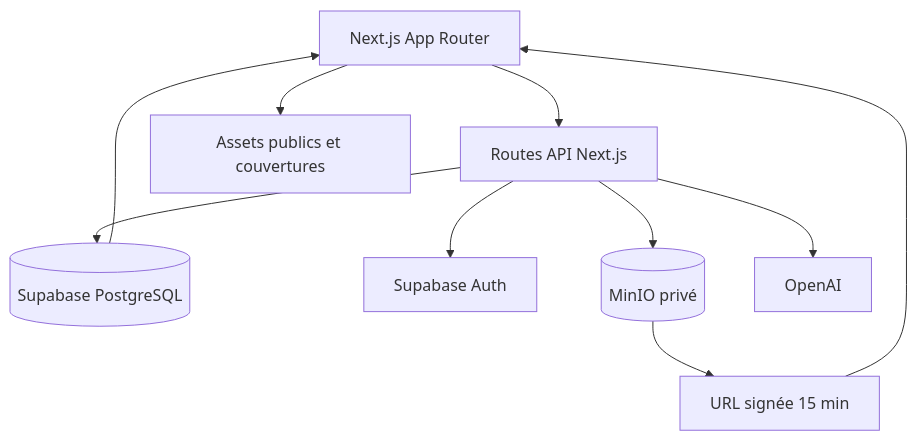
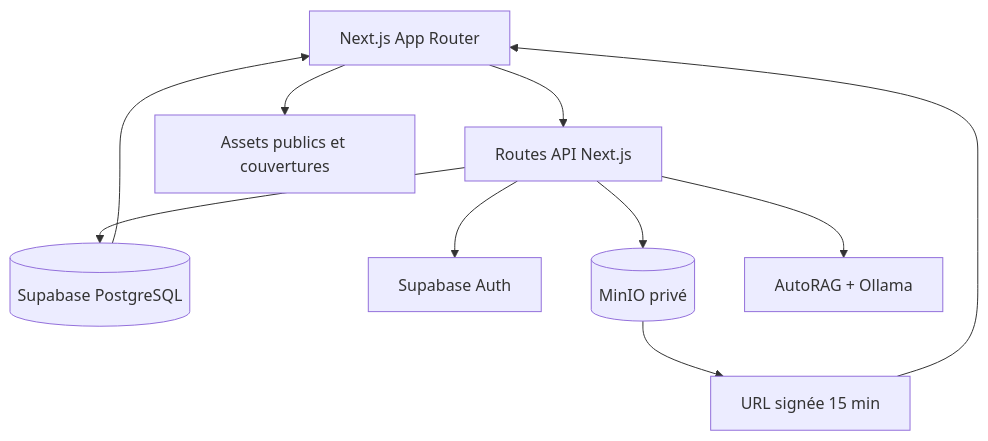
The first of 2 diagrams in docs/ARCHITECTURE.md (MouridLab/xassida-search), drawn with Mermaid before and after one commit. The commit also changed other lines of this file and 7 other files, not shown here.

Commit message:
docs(rag): document and test local AutoRAG workflow

````diff
--- a/docs/ARCHITECTURE.md
+++ b/docs/ARCHITECTURE.md
@@ -7,12 +7,12 @@
 ```mermaid
 flowchart TB
     UI[Next.js App Router] --> API[Routes API Next.js]
     UI --> PUBLIC[Assets publics et couvertures]
     API --> DB[(Supabase PostgreSQL)]
     API --> AUTH[Supabase Auth]
     API --> MINIO[(MinIO privé)]
-    API --> AI[OpenAI]
+    API --> AI[AutoRAG + Ollama]
     DB --> UI
     MINIO --> SIGNED[URL signée 15 min]
     SIGNED --> UI
 ```
````
